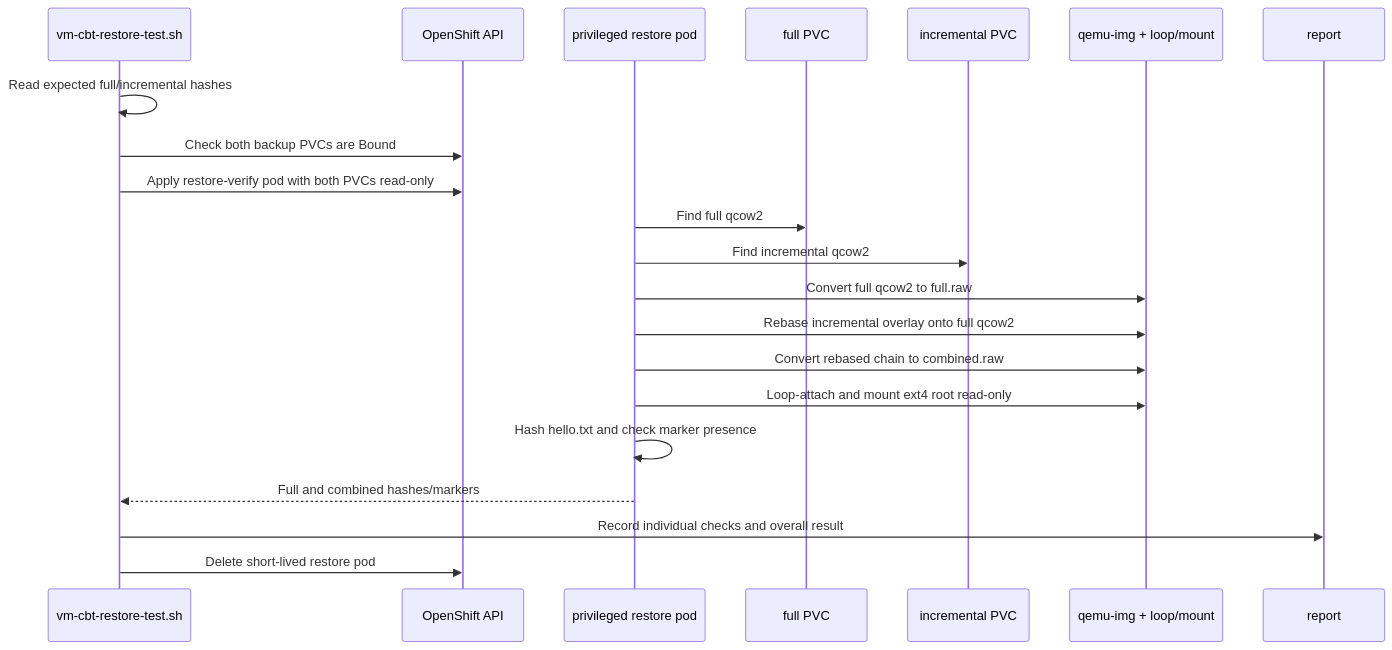
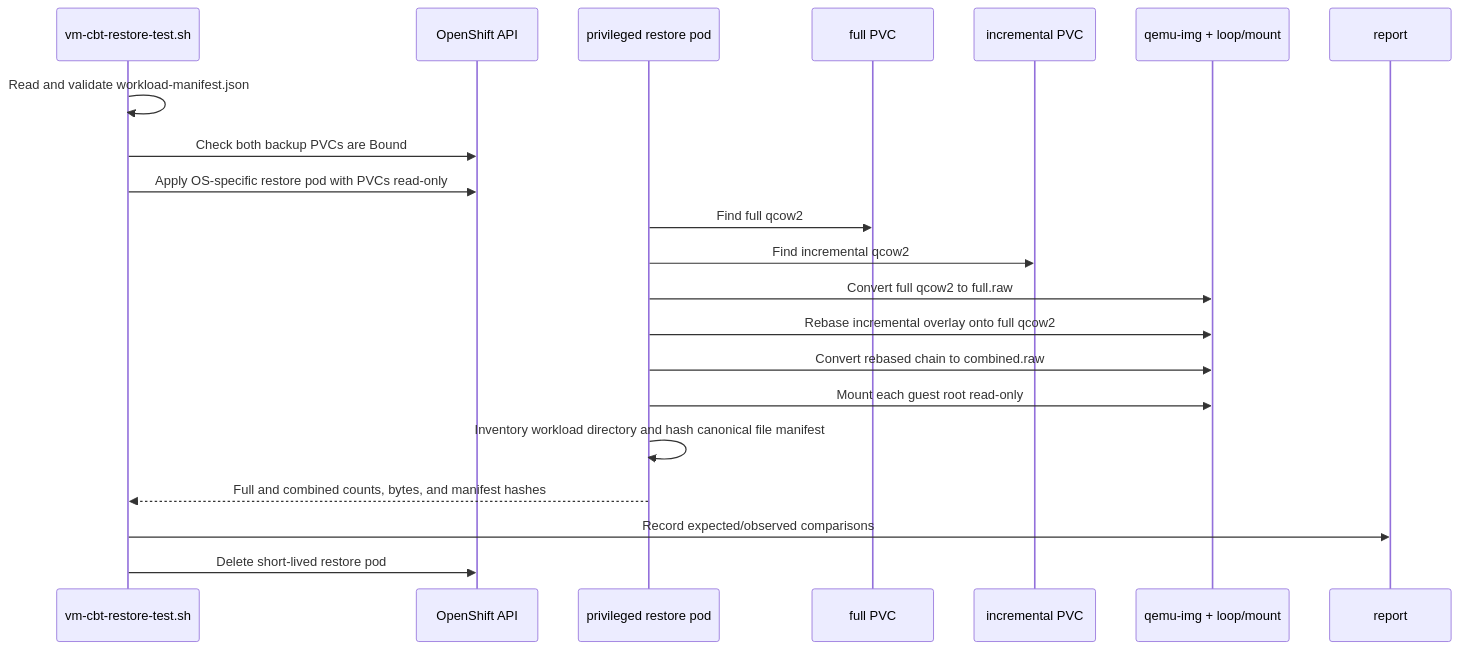
Before and after one commit to ddjain/virt-cbt-lab: the diagram in docs/cbt/07-restore-verification.md, drawn with Mermaid. The commit also changed other lines of this file and 23 other files, not shown here.

````diff
--- a/docs/cbt/07-restore-verification.md
+++ b/docs/cbt/07-restore-verification.md
@@ -9,24 +9,24 @@
 ```mermaid
 sequenceDiagram
     participant V as vm-cbt-restore-test.sh
     participant A as OpenShift API
     participant P as privileged restore pod
     participant F as full PVC
     participant I as incremental PVC
     participant Q as qemu-img + loop/mount
     participant R as report
 
-    V->>V: Read expected full/incremental hashes
+    V->>V: Read and validate workload-manifest.json
     V->>A: Check both backup PVCs are Bound
-    V->>A: Apply restore-verify pod with both PVCs read-only
+    V->>A: Apply OS-specific restore pod with PVCs read-only
     P->>F: Find full qcow2
     P->>I: Find incremental qcow2
     P->>Q: Convert full qcow2 to full.raw
     P->>Q: Rebase incremental overlay onto full qcow2
     P->>Q: Convert rebased chain to combined.raw
-    P->>Q: Loop-attach and mount ext4 root read-only
-    P->>P: Hash hello.txt and check marker presence
-    P-->>V: Full and combined hashes/markers
-    V->>R: Record individual checks and overall result
+    P->>Q: Mount each guest root read-only
+    P->>P: Inventory workload directory and hash canonical file manifest
+    P-->>V: Full and combined counts, bytes, and manifest hashes
+    V->>R: Record expected/observed comparisons
     V->>A: Delete short-lived restore pod
 ```
````
